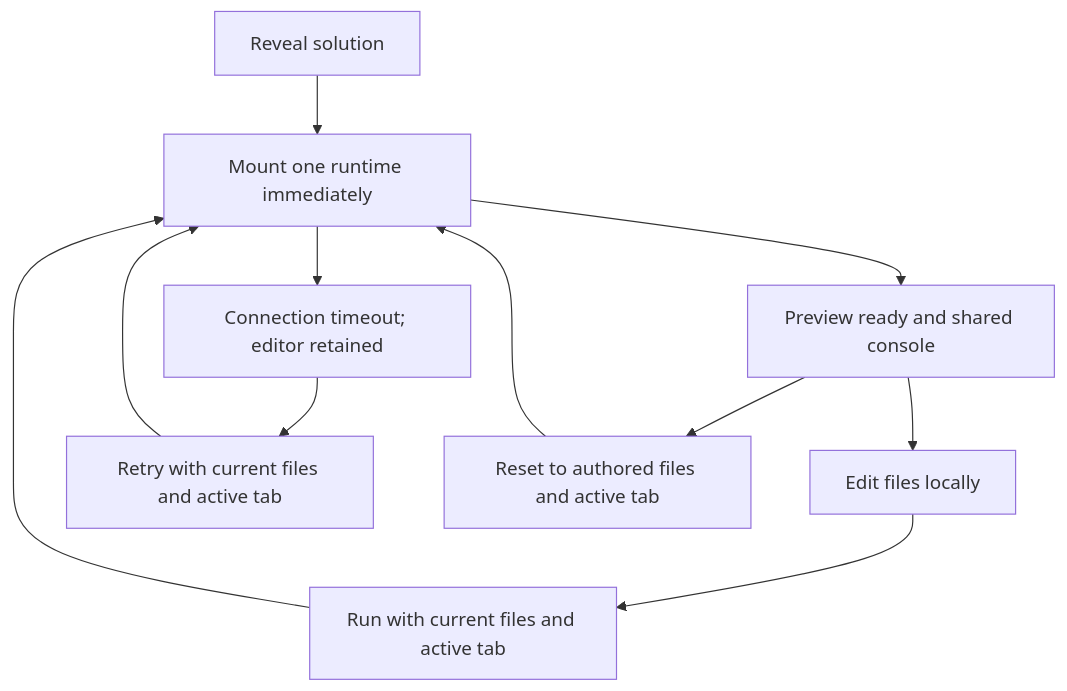
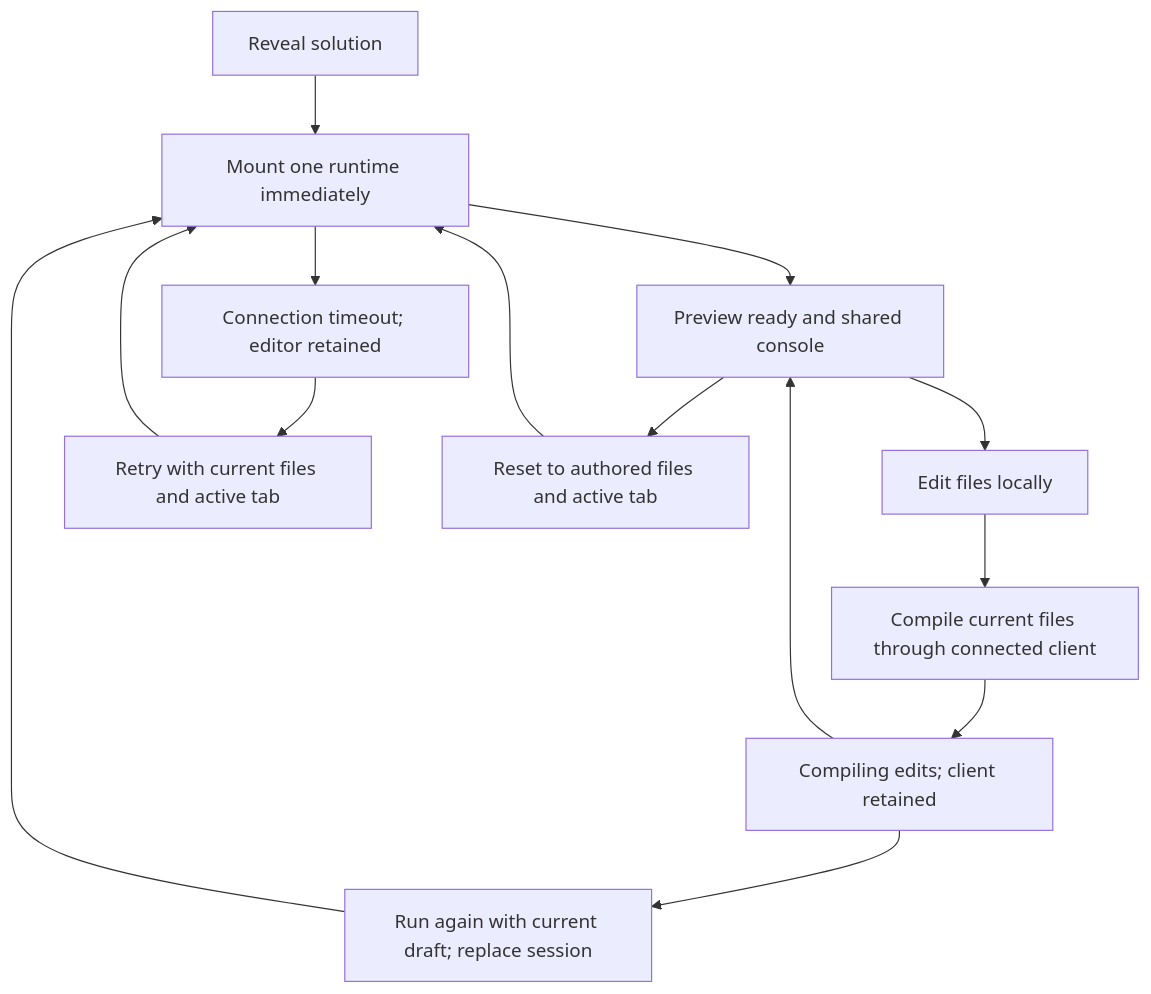
The diagram in docs/features/react-typescript-playground.md (dano-gutierrez/codematica), drawn with Mermaid before and after one commit. The commit also changed other lines of this file and 161 other files, not shown here.

Commit message:
Integrate graph-backed content review and saved-post curriculum (#46)

````diff
--- a/docs/features/react-typescript-playground.md
+++ b/docs/features/react-typescript-playground.md
@@ -58,13 +58,16 @@
 ```mermaid
 flowchart TD
   Reveal[Reveal solution] --> Start[Mount one runtime immediately]
   Start --> Ready[Preview ready and shared console]
   Start --> Timeout[Connection timeout; editor retained]
   Ready --> Edit[Edit files locally]
-  Edit --> Run[Run with current files and active tab]
+  Edit --> Run[Compile current files through connected client]
+  Run --> Compiling[Compiling edits; client retained]
+  Compiling --> Ready
+  Compiling --> Recover[Run again with current draft; replace session]
   Timeout --> Retry[Retry with current files and active tab]
-  Run --> Start
+  Recover --> Start
   Retry --> Start
   Ready --> Reset[Reset to authored files and active tab]
   Reset --> Start
 ```
````
